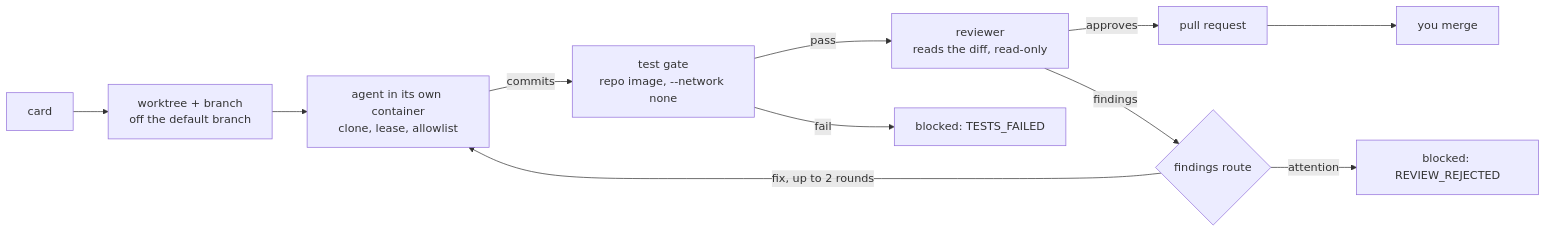
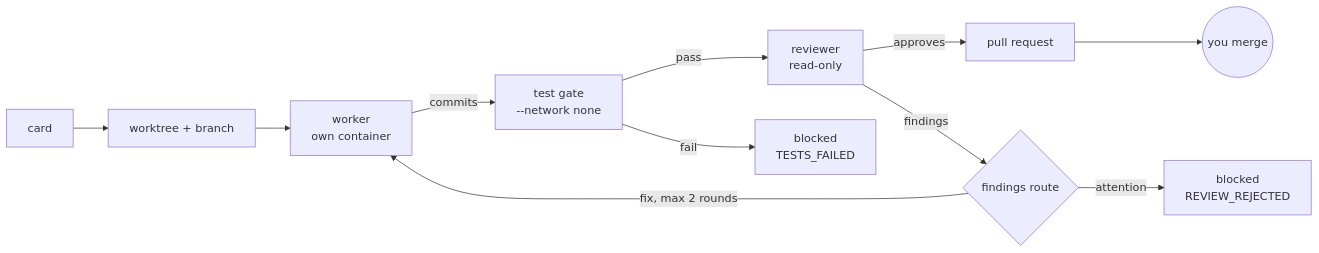
One commit to BalthazarFitzpatrick/smortboard changed the first of 2 diagrams in README.md. Above: the diagram before and after it, drawn with Mermaid. The commit also changed other lines of this file, not shown here.

First line of the commit message:
rewrote the readme around the concepts, with screenshots and diagrams

````diff
--- a/README.md
+++ b/README.md
@@ -80,13 +25,13 @@
 ```mermaid
 flowchart LR
-  A[card] --> B[worktree + branch<br/>off the default branch]
-  B --> C[agent in its own container<br/>clone, lease, allowlist]
-  C -->|commits| D[test gate<br/>repo image, --network none]
-  D -->|pass| E[reviewer<br/>reads the diff, read-only]
+  A[card] --> B[worktree + branch]
+  B --> C[worker<br/>own container]
+  C -->|commits| D[test gate<br/>--network none]
+  D -->|pass| E[reviewer<br/>read-only]
   E -->|approves| F[pull request]
-  D -->|fail| X[blocked: TESTS_FAILED]
-  E -->|findings| G{findings route}
-  G -->|fix, up to 2 rounds| C
-  G -->|attention| Y[blocked: REVIEW_REJECTED]
-  F --> H[you merge]
+  F --> G((you merge))
+  D -->|fail| X[blocked<br/>TESTS_FAILED]
+  E -->|findings| R{findings route}
+  R -->|fix, max 2 rounds| C
+  R -->|attention| Y[blocked<br/>REVIEW_REJECTED]
 ```
````
